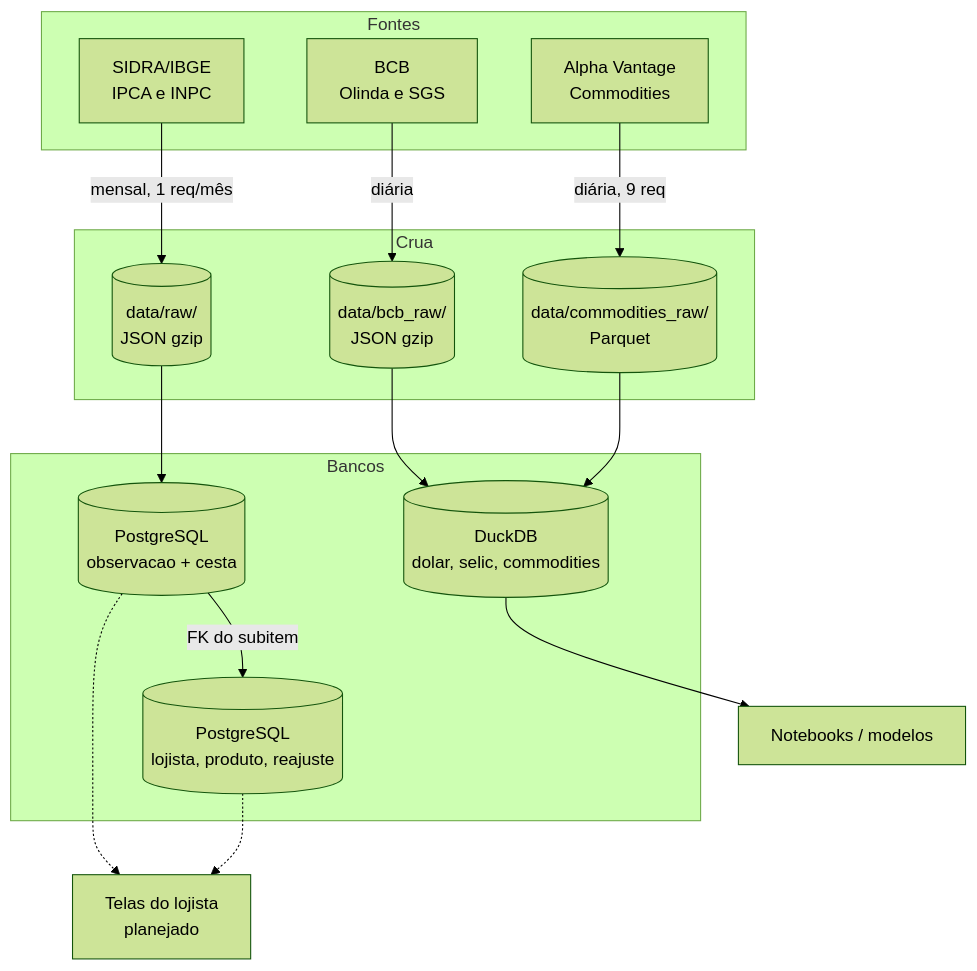
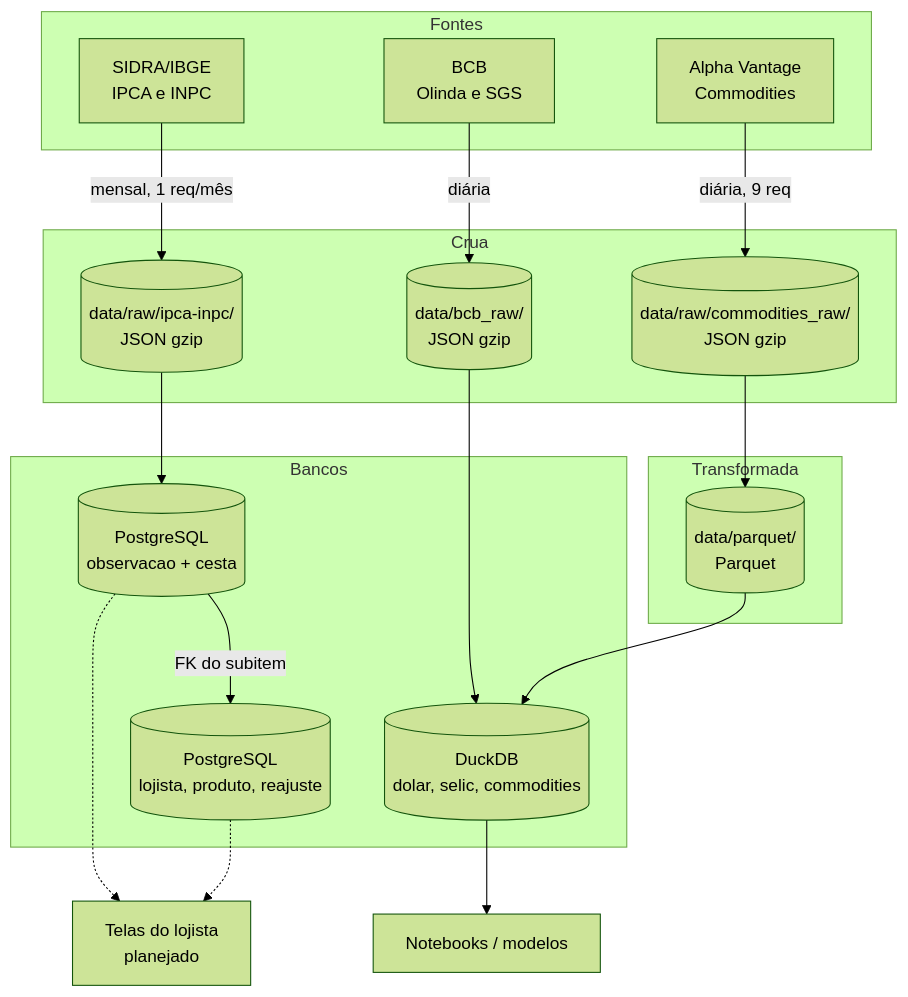
Before and after one commit to Bappoz/inflatrack: the diagram in docs/arquitetura/fluxoDados.md, drawn with Mermaid (forest theme). The commit also changed other lines of this file, not shown here.

Commit message:
fix: refatoação para resolução de conflitos de merge

````diff
--- a/docs/arquitetura/fluxoDados.md
+++ b/docs/arquitetura/fluxoDados.md
@@ -5,25 +5,28 @@
 ```mermaid
 flowchart TB
     subgraph Fontes
         S[SIDRA/IBGE<br/>IPCA e INPC]
         BCB[BCB<br/>Olinda e SGS]
         AV[Alpha Vantage<br/>Commodities]
     end
     subgraph Crua
-        R1[(data/raw/<br/>JSON gzip)]
-        R2[(data/bcb_raw/<br/>JSON gzip)]
-        R3[(data/commodities_raw/<br/>Parquet)]
+        R1[(data/raw/ipca-inpc/<br/>JSON gzip)]
+        R2[(data/raw/commodities_raw/<br/>JSON gzip)]
+        R3[(data/bcb_raw/<br/>JSON gzip)]
+    end
+    subgraph Transformada
+        PQ[(data/parquet/<br/>Parquet)]
     end
     subgraph Bancos
         PG[(PostgreSQL<br/>observacao + cesta)]
         TX[(PostgreSQL<br/>lojista, produto, reajuste)]
         DK[(DuckDB<br/>dolar, selic, commodities)]
     end
     S -->|mensal, 1 req/mês| R1 --> PG
-    BCB -->|diária| R2 --> DK
-    AV -->|diária, 9 req| R3 --> DK
+    BCB -->|diária| R3 --> DK
+    AV -->|diária, 9 req| R2 --> PQ --> DK
     PG -->|FK do subitem| TX
     PG -.-> V[Telas do lojista<br/>planejado]
     TX -.-> V
     DK --> ML[Notebooks / modelos]
 ```
````
